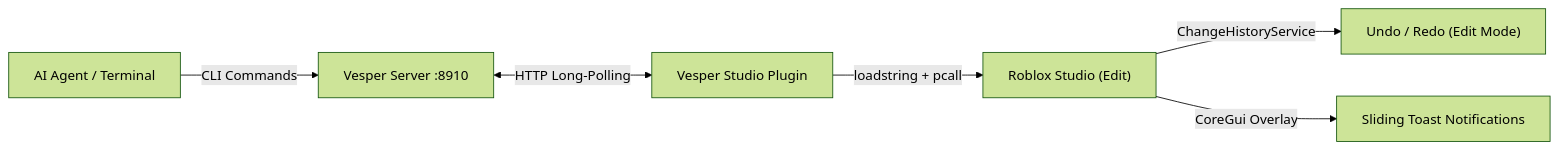
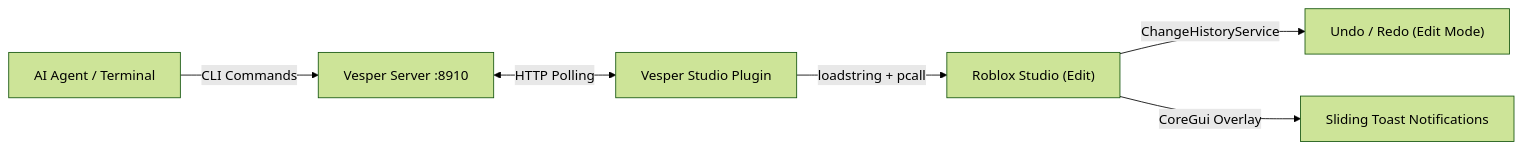
One commit to raxelf/vesper changed the diagram in README.md. Above: the diagram before and after it, drawn with Mermaid (forest theme). The commit also changed other lines of this file and 3 other files, not shown here.

````diff
--- a/README.md
+++ b/README.md
@@ -137,8 +136,8 @@
 ```mermaid
 flowchart LR
     A["AI Agent / Terminal"] -->|CLI Commands| B["Vesper Server :8910"]
-    B <-->|HTTP Long-Polling| C["Vesper Studio Plugin"]
+    B <-->|HTTP Polling| C["Vesper Studio Plugin"]
     C -->|loadstring + pcall| D["Roblox Studio (Edit)"]
     D -->|ChangeHistoryService| E["Undo / Redo (Edit Mode)"]
     D -->|CoreGui Overlay| F["Sliding Toast Notifications"]
 ```
````
